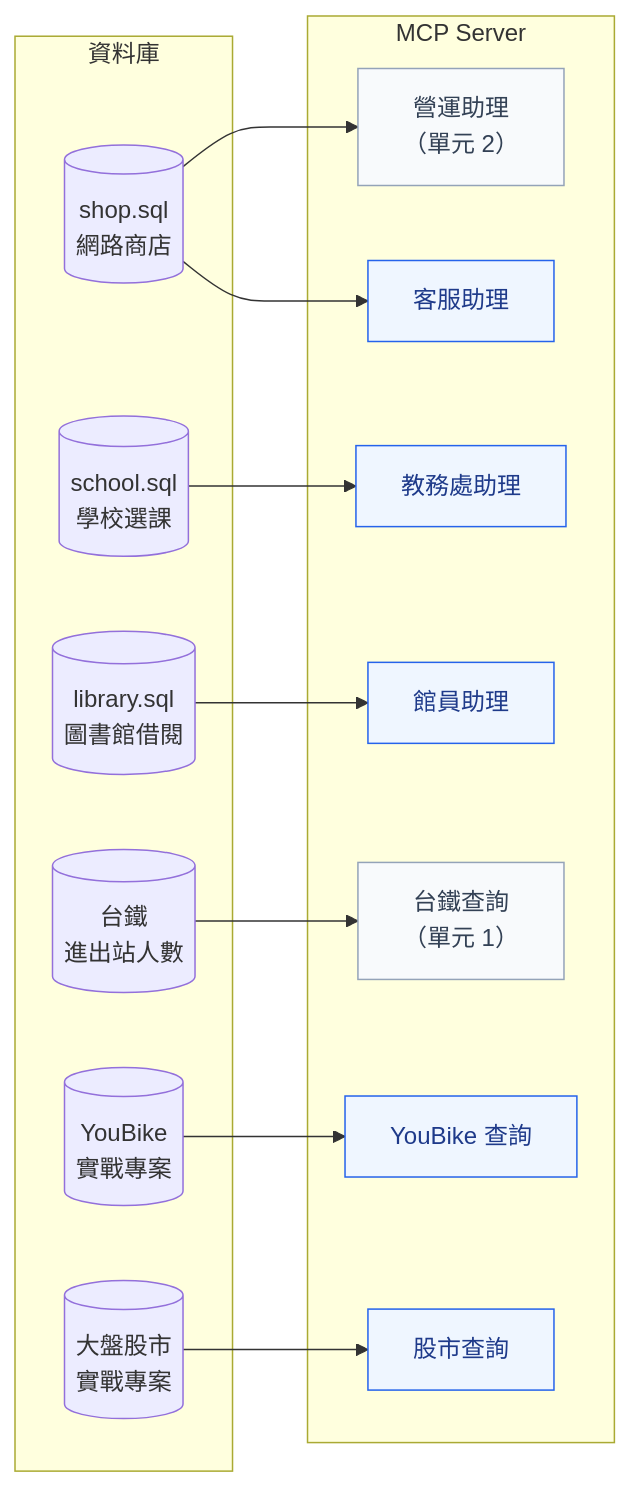
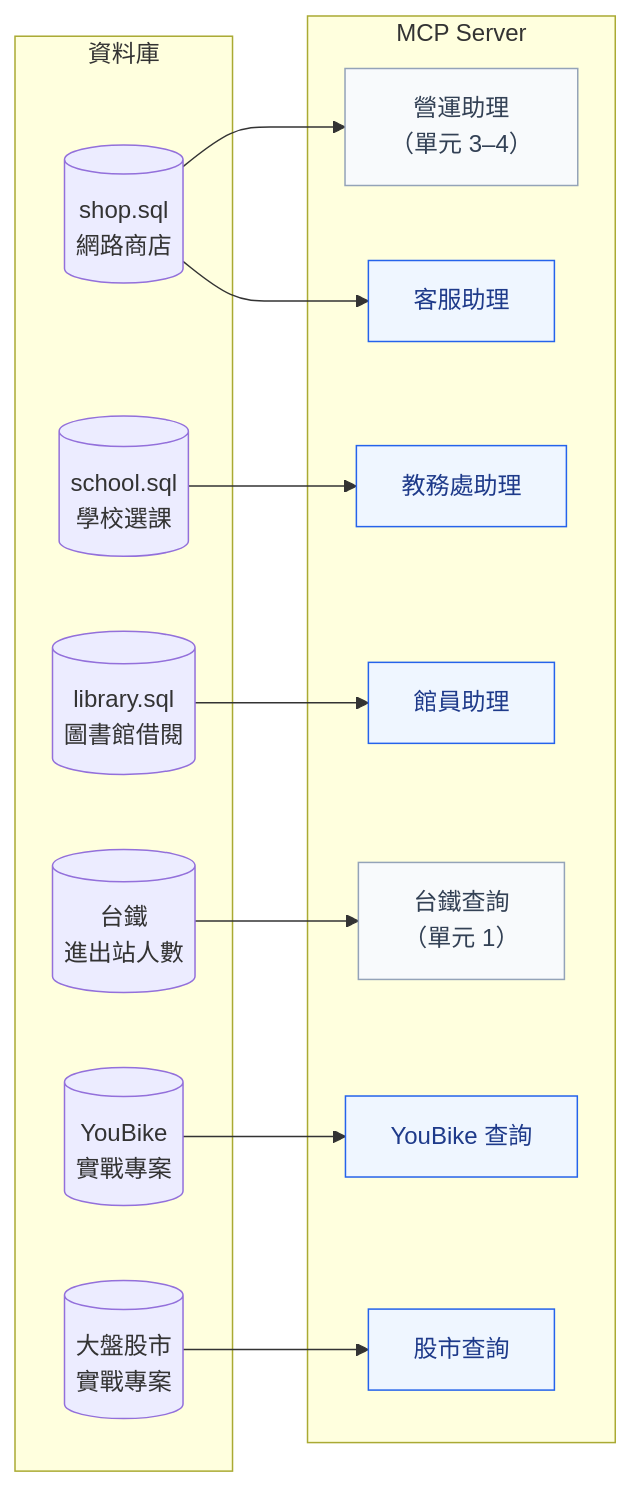
One commit to roberthsu2003/postgreSQL_MCP changed the first of 2 diagrams in mcp_server/5_範例集/README.md. Above: the diagram before and after it, drawn with Mermaid. The commit also changed other lines of this file and 11 other files, not shown here.

````diff
--- a/mcp_server/5_範例集/README.md
+++ b/mcp_server/5_範例集/README.md
@@ -7,32 +7,32 @@
 ```mermaid
 flowchart LR
     subgraph 資料庫
         SHOP[("shop.sql<br/>網路商店")]
         SCHOOL[("school.sql<br/>學校選課")]
         LIB[("library.sql<br/>圖書館借閱")]
         TRA[("台鐵<br/>進出站人數")]
         YB[("YouBike<br/>實戰專案")]
         STK[("大盤股市<br/>實戰專案")]
     end
     subgraph MCP Server
-        E0["營運助理<br/>（單元 2）"]
+        E0["營運助理<br/>（單元 3–4）"]
         E1["客服助理"]
         E2["教務處助理"]
         E3["館員助理"]
         E4["台鐵查詢<br/>（單元 1）"]
         E5["YouBike 查詢"]
         E6["股市查詢"]
     end
     SHOP --> E0
     SHOP --> E1
     SCHOOL --> E2
     LIB --> E3
     TRA --> E4
     YB --> E5
     STK --> E6
 
     classDef here fill:#eff6ff,stroke:#2563eb,color:#1e3a8a
     classDef other fill:#f8fafc,stroke:#94a3b8,color:#334155
     class E1,E2,E3,E5,E6 here
     class E0,E4 other
 ```
````
